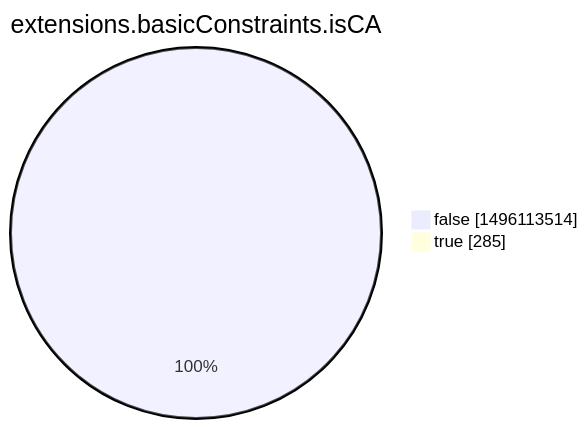
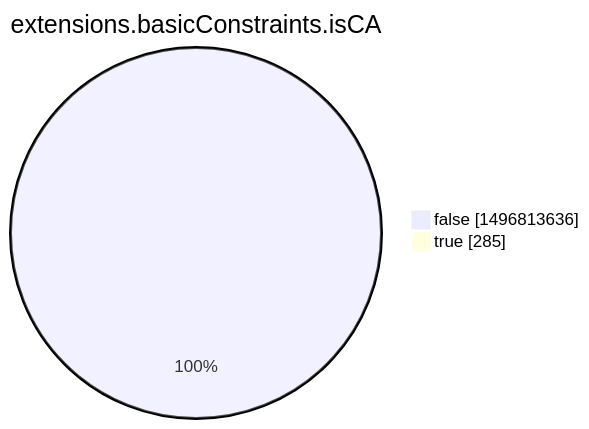
Before and after one commit to christiankrug/ctmonitor_visualization: the eighth of 15 diagrams in xenon2022/README.md, drawn with Mermaid. The commit also changed other lines of this file, not shown here.

````diff
--- a/xenon2022/README.md
+++ b/xenon2022/README.md
@@ -2853,6 +2853,6 @@
 ```mermaid
 pie showData
 title extensions.basicConstraints.isCA
-"false" :1496113514
+"false" :1496813636
 "true" :285
 ```
````
